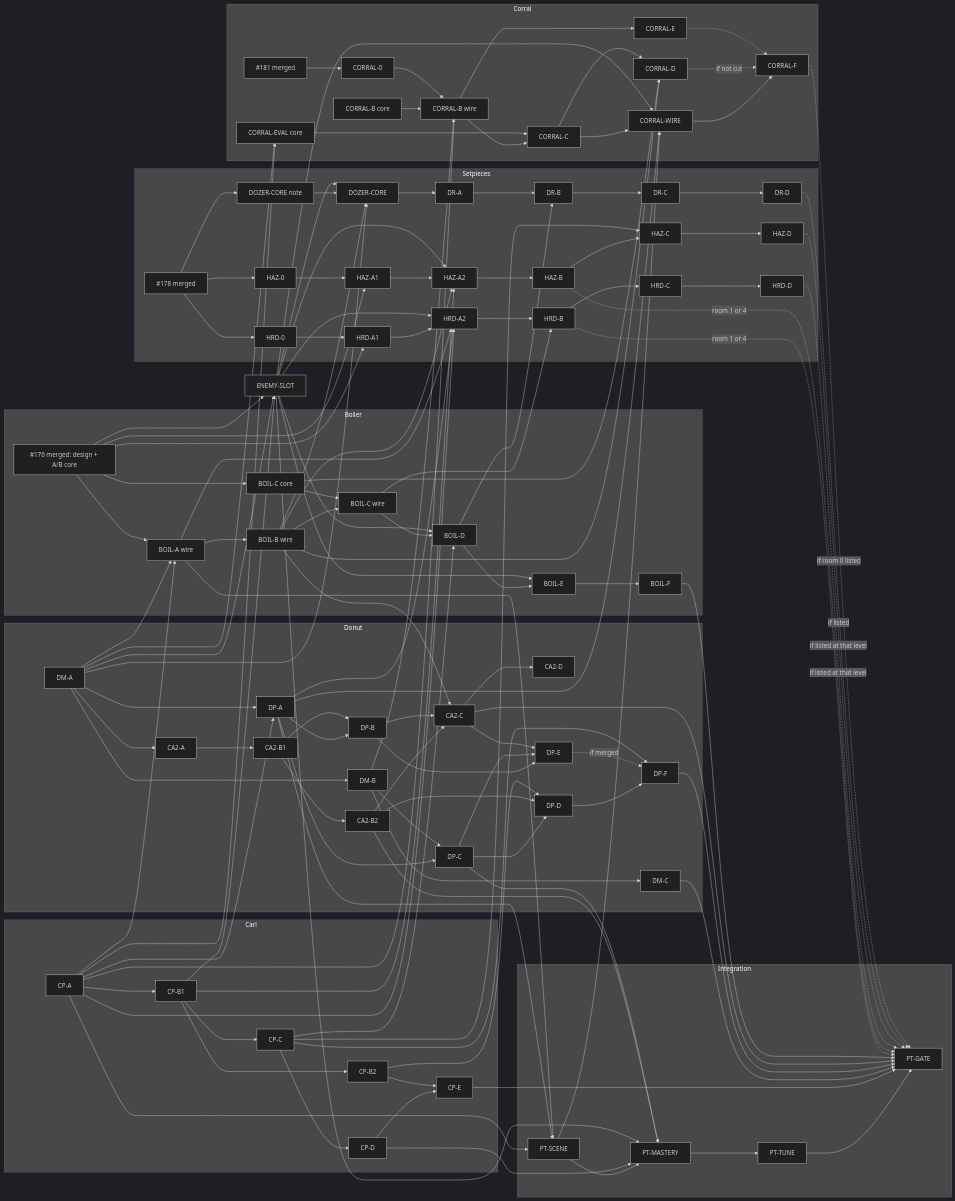
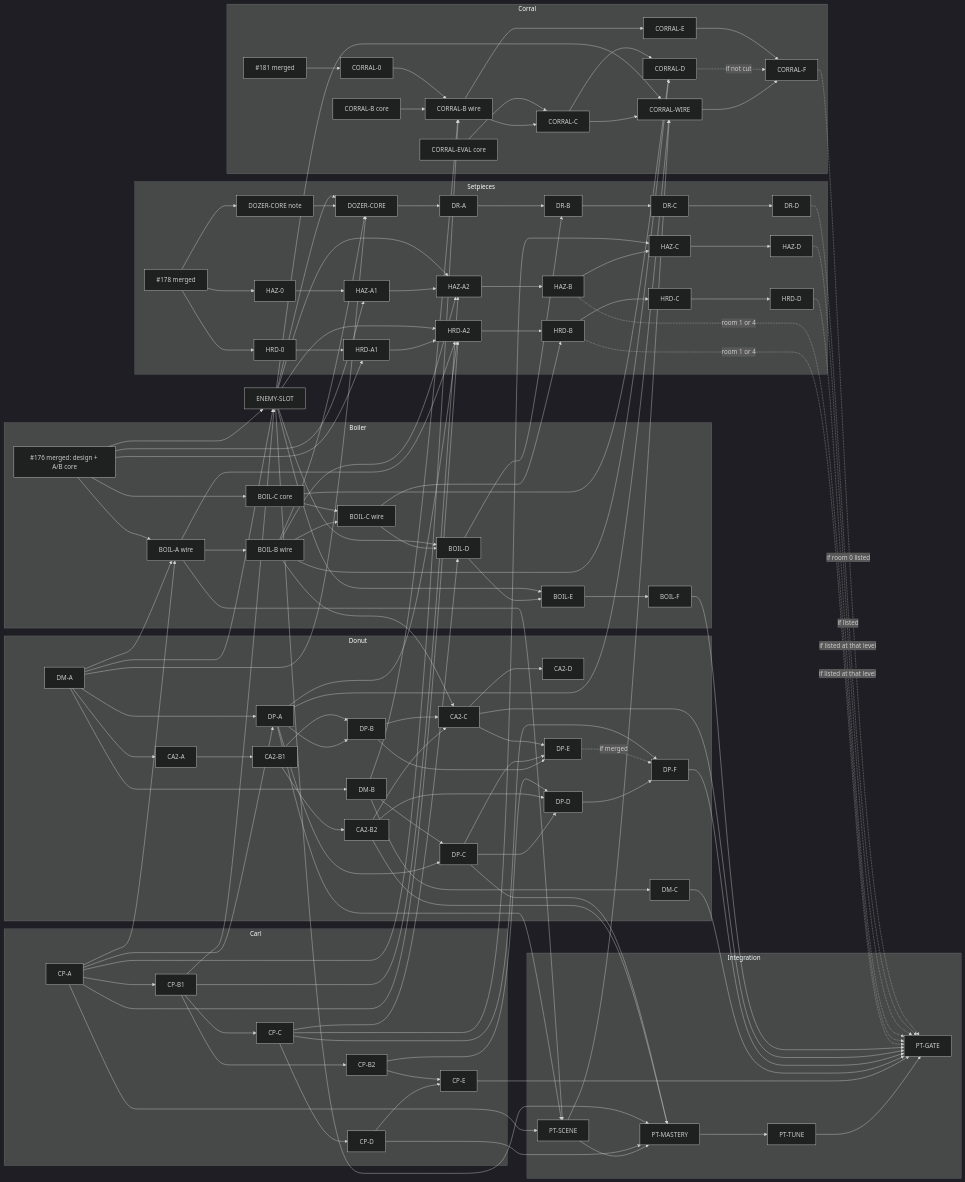
Before and after one commit to pando85/dungeon-floorbreak: the diagram in docs/07-agents/f01-playtest-integration-plan.md, drawn with Mermaid (dark theme). The commit also changed other lines of this file, not shown here.

````diff
--- a/docs/07-agents/f01-playtest-integration-plan.md
+++ b/docs/07-agents/f01-playtest-integration-plan.md
@@ -318,8 +327,6 @@
     CBw-->CE[CORRAL-E]
   end
   C0-->CBw
-  DMA-->CEc
-  CPA-->CEc
   DMB-->CBw
   CPA-->CBw
   CEc-->CC
@@ -329,6 +336,6 @@
   BBw-->CD
   BCc-->CD
   CD-.->|if not cut|CF
-  CE-.->CF
+  CE-->CF
   CF-.->|if room 0 listed|PTG
 ```
````
